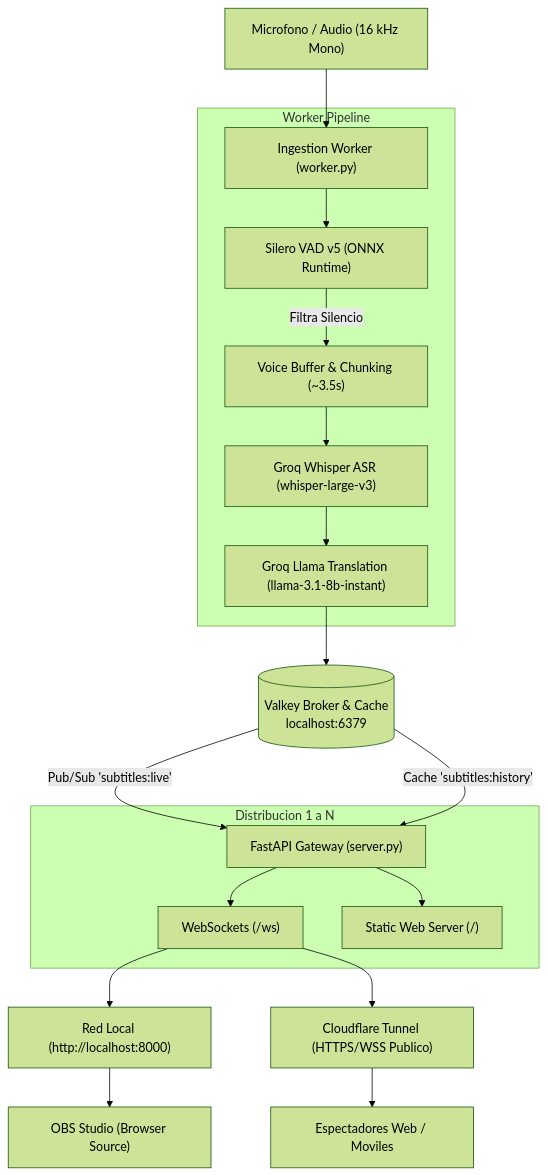
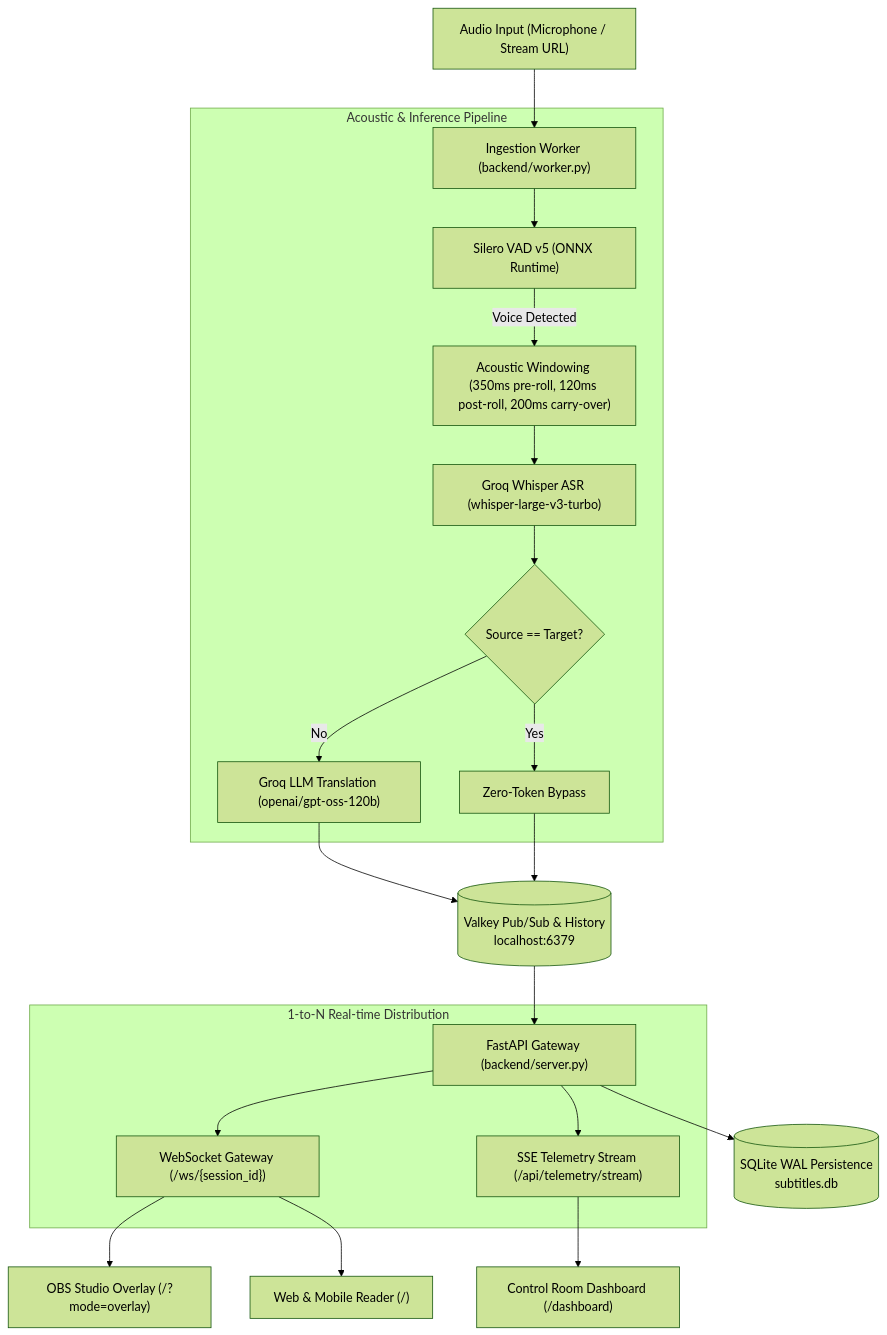
The diagram in README.md (elias7896/livesubs), drawn with Mermaid (forest theme) before and after one commit. The commit also changed other lines of this file and 6 other files, not shown here.

````diff
--- a/README.md
+++ b/README.md
@@ -61,26 +16,28 @@
 ```mermaid
 flowchart TD
-    A["Microfono / Audio (16 kHz Mono)"] --> B["Ingestion Worker (worker.py)"]
-    
-    subgraph Worker ["Worker Pipeline"]
+    A["Audio Input (Microphone / Stream URL)"] --> B["Ingestion Worker (backend/worker.py)"]
+
+    subgraph Pipeline ["Acoustic & Inference Pipeline"]
         B --> C["Silero VAD v5 (ONNX Runtime)"]
-        C -- "Filtra Silencio" --> D["Voice Buffer & Chunking (~3.5s)"]
-        D --> E["Groq Whisper ASR (whisper-large-v3)"]
-        E --> F["Groq Llama Translation (llama-3.1-8b-instant)"]
+        C -- "Voice Detected" --> D["Acoustic Windowing (350ms pre-roll, 120ms post-roll, 200ms carry-over)"]
+        D --> E["Groq Whisper ASR (whisper-large-v3-turbo)"]
+        E --> F{"Source == Target?"}
+        F -- "No" --> G["Groq LLM Translation (openai/gpt-oss-120b)"]
+        F -- "Yes" --> H["Zero-Token Bypass"]
     end
 
-    F --> G[("Valkey Broker & Cache\nlocalhost:6379")]
-    G -- "Pub/Sub 'subtitles:live'" --> H["FastAPI Gateway (server.py)"]
-    G -- "Cache 'subtitles:history'" --> H
+    G --> I[("Valkey Pub/Sub & History\nlocalhost:6379")]
+    H --> I
 
-    subgraph Gateway ["Distribucion 1 a N"]
-        H --> I["WebSockets (/ws)"]
-        H --> J["Static Web Server (/)"]
+    I --> J["FastAPI Gateway (backend/server.py)"]
+    J --> K[("SQLite WAL Persistence\nsubtitles.db")]
+
+    subgraph Distribution ["1-to-N Real-time Distribution"]
+        J --> L["WebSocket Gateway (/ws/{session_id})"]
+        J --> M["SSE Telemetry Stream (/api/telemetry/stream)"]
     end
 
-    I --> K["Red Local (http://localhost:8000)"]
-    I --> L["Cloudflare Tunnel (HTTPS/WSS Publico)"]
-
-    K --> M["OBS Studio (Browser Source)"]
-    L --> N["Espectadores Web / Moviles"]
+    L --> N["OBS Studio Overlay (/?mode=overlay)"]
+    L --> O["Web & Mobile Reader (/)"]
+    M --> P["Control Room Dashboard (/dashboard)"]
 ```
````
